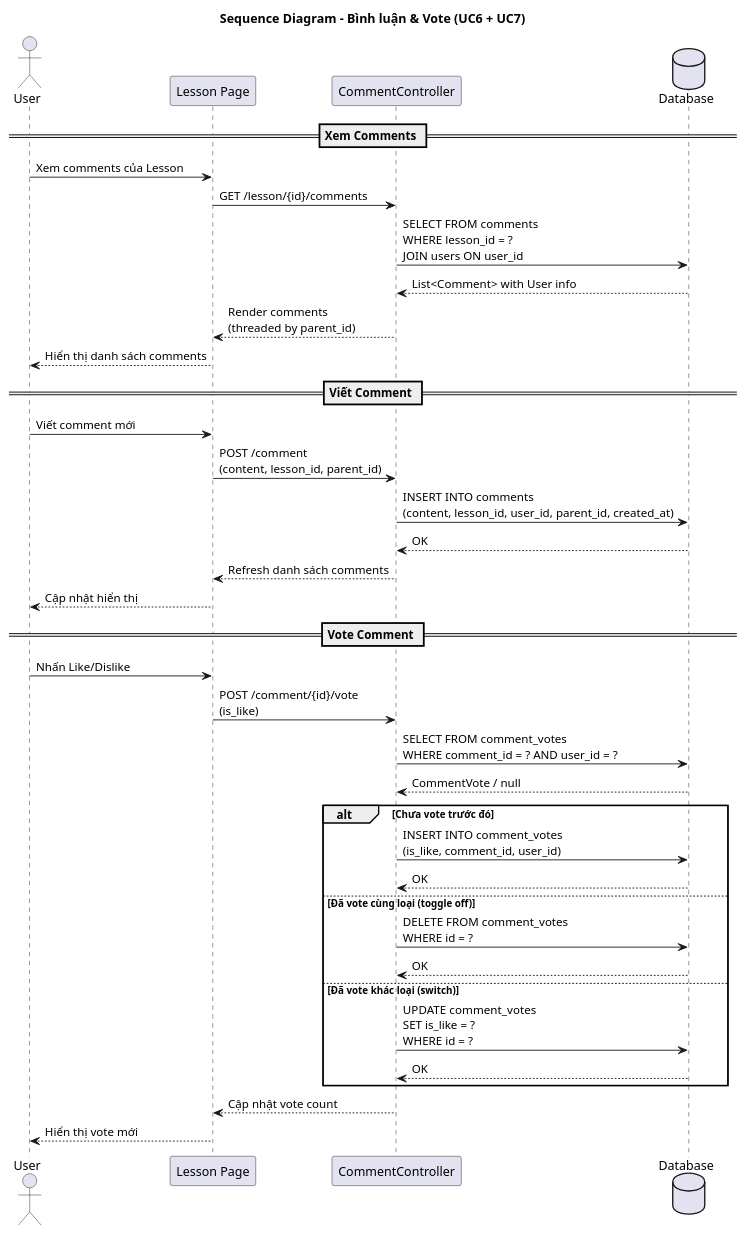
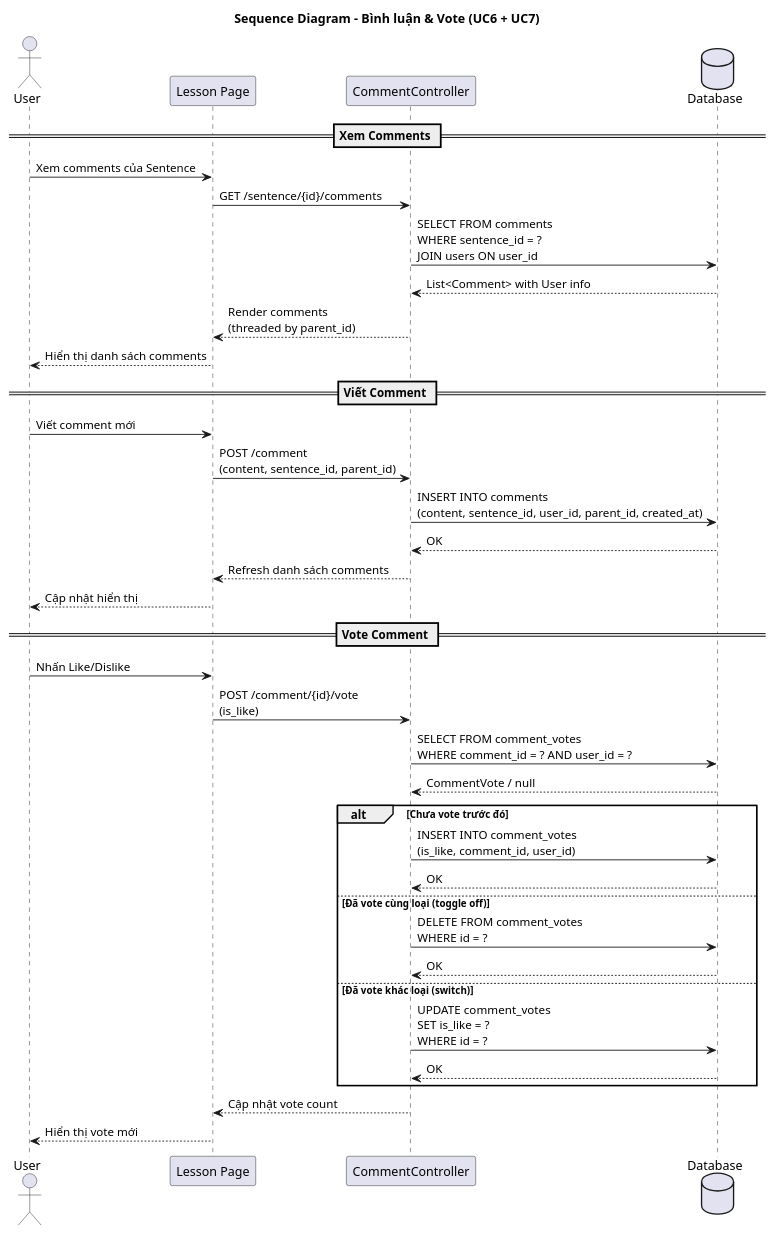
Before and after one commit to nguyenthetan752005-max/EnglishListeningPracticeWebsite: the diagram in docs/uml/SequenceDiagram/sequence_comment_vote.puml, drawn with PlantUML. The commit also changed 10 other files, not shown here.

```diff
--- a/docs/uml/SequenceDiagram/sequence_comment_vote.puml
+++ b/docs/uml/SequenceDiagram/sequence_comment_vote.puml
@@ -1,45 +1,45 @@
 @startuml Sequence_Comment_Vote
 title Sequence Diagram - Bình luận & Vote (UC6 + UC7)
 
 actor User as U
 participant "Lesson Page" as V
 participant "CommentController" as CMC
 database "Database" as DB
 
 == Xem Comments ==
-U -> V : Xem comments của Lesson
-V -> CMC : GET /lesson/{id}/comments
-CMC -> DB : SELECT FROM comments\nWHERE lesson_id = ?\nJOIN users ON user_id
+U -> V : Xem comments của Sentence
+V -> CMC : GET /sentence/{id}/comments
+CMC -> DB : SELECT FROM comments\nWHERE sentence_id = ?\nJOIN users ON user_id
 DB --> CMC : List<Comment> with User info
 CMC --> V : Render comments\n(threaded by parent_id)
 V --> U : Hiển thị danh sách comments
 
 == Viết Comment ==
 U -> V : Viết comment mới
-V -> CMC : POST /comment\n(content, lesson_id, parent_id)
-CMC -> DB : INSERT INTO comments\n(content, lesson_id, user_id, parent_id, created_at)
+V -> CMC : POST /comment\n(content, sentence_id, parent_id)
+CMC -> DB : INSERT INTO comments\n(content, sentence_id, user_id, parent_id, created_at)
 DB --> CMC : OK
 CMC --> V : Refresh danh sách comments
 V --> U : Cập nhật hiển thị
 
 == Vote Comment ==
 U -> V : Nhấn Like/Dislike
 V -> CMC : POST /comment/{id}/vote\n(is_like)
 CMC -> DB : SELECT FROM comment_votes\nWHERE comment_id = ? AND user_id = ?
 DB --> CMC : CommentVote / null
 
 alt Chưa vote trước đó
     CMC -> DB : INSERT INTO comment_votes\n(is_like, comment_id, user_id)
     DB --> CMC : OK
 else Đã vote cùng loại (toggle off)
     CMC -> DB : DELETE FROM comment_votes\nWHERE id = ?
     DB --> CMC : OK
 else Đã vote khác loại (switch)
     CMC -> DB : UPDATE comment_votes\nSET is_like = ?\nWHERE id = ?
     DB --> CMC : OK
 end
 
 CMC --> V : Cập nhật vote count
 V --> U : Hiển thị vote mới
 
 @enduml
```
